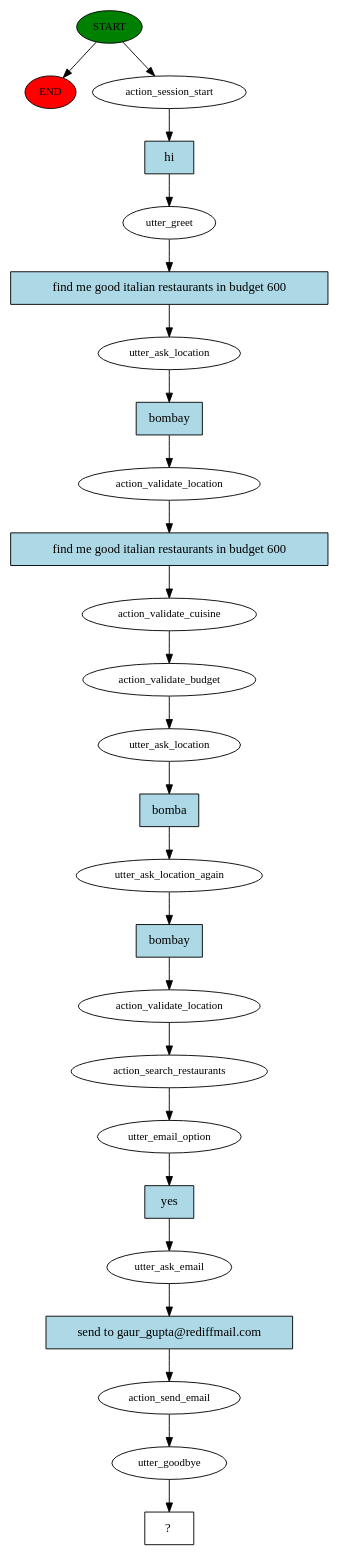
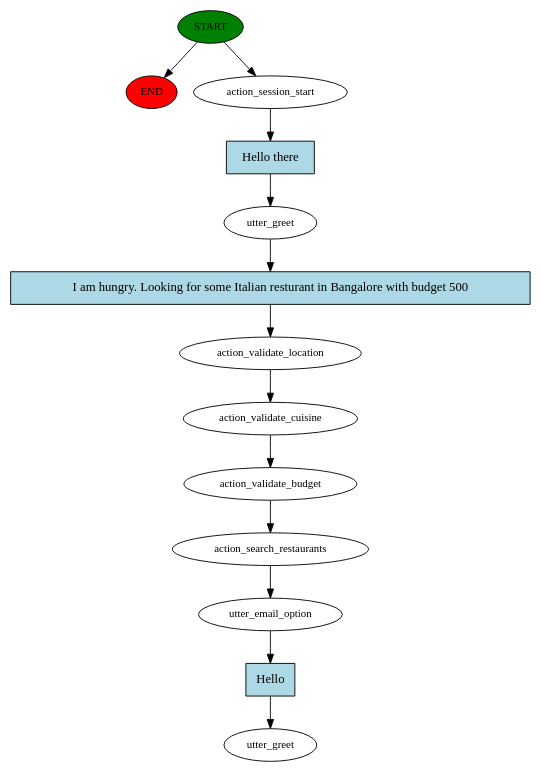
Before and after one commit to subhabrata-ghosh-1988/resturant-recommendation-chatbot: the diagram in story_graph.dot, drawn with Graphviz. The commit also changed 10 other files, not shown here.

```diff
--- a/story_graph.dot
+++ b/story_graph.dot
@@ -1,51 +1,27 @@
 digraph  {
 0 [class="start active", fillcolor=green, fontsize=12, label=START, style=filled];
 "-1" [class=end, fillcolor=red, fontsize=12, label=END, style=filled];
 1 [class=active, fontsize=12, label=action_session_start];
 2 [class=active, fontsize=12, label=utter_greet];
-3 [class=active, fontsize=12, label=utter_ask_location];
-4 [class=active, fontsize=12, label=action_validate_location];
-5 [class=active, fontsize=12, label=action_validate_cuisine];
-6 [class=active, fontsize=12, label=action_validate_budget];
-7 [class=active, fontsize=12, label=utter_ask_location];
-8 [class=active, fontsize=12, label=utter_ask_location_again];
-9 [class=active, fontsize=12, label=action_validate_location];
-10 [class=active, fontsize=12, label=action_search_restaurants];
-11 [class=active, fontsize=12, label=utter_email_option];
-12 [class=active, fontsize=12, label=utter_ask_email];
-13 [class=active, fontsize=12, label=action_send_email];
-14 [class=active, fontsize=12, label=utter_goodbye];
-15 [class="intent dashed active", label="  ?  ", shape=rect];
-16 [class="intent active", fillcolor=lightblue, label=hi, shape=rect, style=filled];
-17 [class="intent active", fillcolor=lightblue, label="find me good italian restaurants in budget 600", shape=rect, style=filled];
-18 [class="intent active", fillcolor=lightblue, label=bombay, shape=rect, style=filled];
-19 [class="intent active", fillcolor=lightblue, label="find me good italian restaurants in budget 600", shape=rect, style=filled];
-20 [class="intent active", fillcolor=lightblue, label=bomba, shape=rect, style=filled];
-21 [class="intent active", fillcolor=lightblue, label=bombay, shape=rect, style=filled];
-22 [class="intent active", fillcolor=lightblue, label=yes, shape=rect, style=filled];
-23 [class="intent active", fillcolor=lightblue, label="send to gaur_gupta@rediffmail.com", shape=rect, style=filled];
+3 [class=active, fontsize=12, label=action_validate_location];
+4 [class=active, fontsize=12, label=action_validate_cuisine];
+5 [class=active, fontsize=12, label=action_validate_budget];
+6 [class=active, fontsize=12, label=action_search_restaurants];
+7 [class=active, fontsize=12, label=utter_email_option];
+8 [class="dashed active", fontsize=12, label=utter_greet];
+9 [class="intent active", fillcolor=lightblue, label="Hello there", shape=rect, style=filled];
+10 [class="intent active", fillcolor=lightblue, label="I am hungry. Looking for some Italian resturant in Bangalore with budget 500", shape=rect, style=filled];
+11 [class="intent active", fillcolor=lightblue, label=Hello, shape=rect, style=filled];
 0 -> "-1"  [class="", key=NONE, label=""];
 0 -> 1  [class=active, key=NONE, label=""];
-1 -> 16  [class=active, key=0];
-2 -> 17  [class=active, key=0];
-3 -> 18  [class=active, key=0];
-4 -> 19  [class=active, key=0];
+1 -> 9  [class=active, key=0];
+2 -> 10  [class=active, key=0];
+3 -> 4  [class=active, key=NONE, label=""];
+4 -> 5  [class=active, key=NONE, label=""];
 5 -> 6  [class=active, key=NONE, label=""];
 6 -> 7  [class=active, key=NONE, label=""];
-7 -> 20  [class=active, key=0];
-8 -> 21  [class=active, key=0];
-9 -> 10  [class=active, key=NONE, label=""];
-10 -> 11  [class=active, key=NONE, label=""];
-11 -> 22  [class=active, key=0];
-12 -> 23  [class=active, key=0];
-13 -> 14  [class=active, key=NONE, label=""];
-14 -> 15  [class=active, key=NONE, label=""];
-16 -> 2  [class=active, key=0];
-17 -> 3  [class=active, key=0];
-18 -> 4  [class=active, key=0];
-19 -> 5  [class=active, key=0];
-20 -> 8  [class=active, key=0];
-21 -> 9  [class=active, key=0];
-22 -> 12  [class=active, key=0];
-23 -> 13  [class=active, key=0];
+7 -> 11  [class=active, key=0];
+9 -> 2  [class=active, key=0];
+10 -> 3  [class=active, key=0];
+11 -> 8  [class=active, key=0];
 }
```
